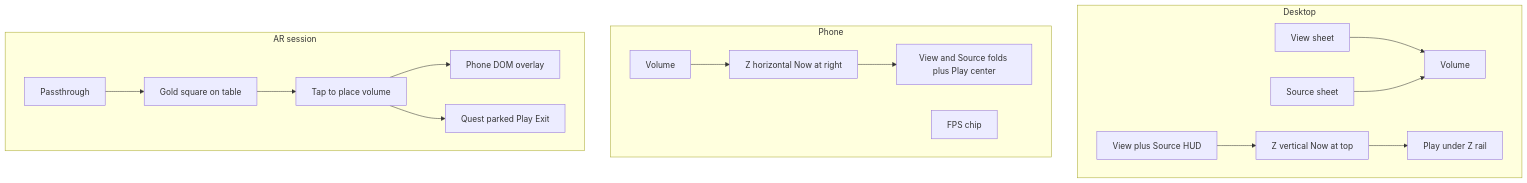
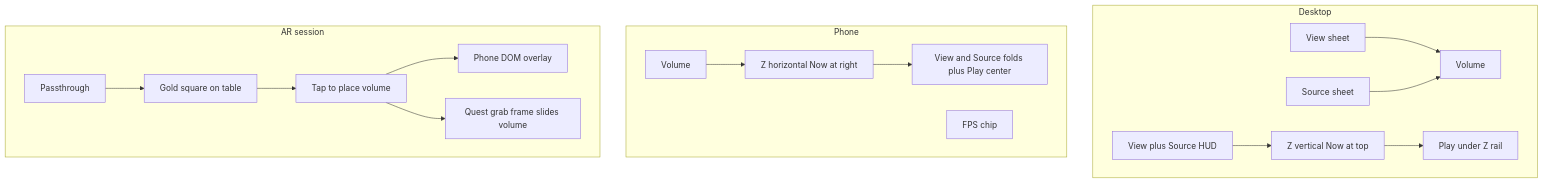
The fifth of 11 diagrams in docs/gui.md (PiMaV/DONNER), drawn with Mermaid before and after one commit. The commit also changed other lines of this file and 11 other files, not shown here.

First line of the commit message:
Fix Quest AR session and sharpness, drop the unread world plate, and let a grabbed frame slide the volume.

````diff
--- a/docs/gui.md
+++ b/docs/gui.md
@@ -116,34 +119,34 @@
 ```mermaid
 flowchart TB
   subgraph desktop [Desktop]
     viewD[View sheet]
     srcD[Source sheet]
     volD[Volume]
     hudD[View plus Source HUD]
     zD[Z vertical Now at top]
     playD[Play under Z rail]
     viewD --> volD
     srcD --> volD
     hudD --> zD
     zD --> playD
   end
   subgraph phone [Phone]
     volP[Volume]
     zP[Z horizontal Now at right]
     barP[View and Source folds plus Play center]
     chipP[FPS chip]
     volP --> zP
     zP --> barP
   end
   subgraph ar [AR session]
     pass[Passthrough]
     ret[Gold square on table]
     volA[Tap to place volume]
     phoneChrome[Phone DOM overlay]
-    questHud[Quest parked Play Exit]
+    questGrab[Quest grab frame slides volume]
     pass --> ret
     ret --> volA
     volA --> phoneChrome
-    volA --> questHud
+    volA --> questGrab
   end
 ```
````
